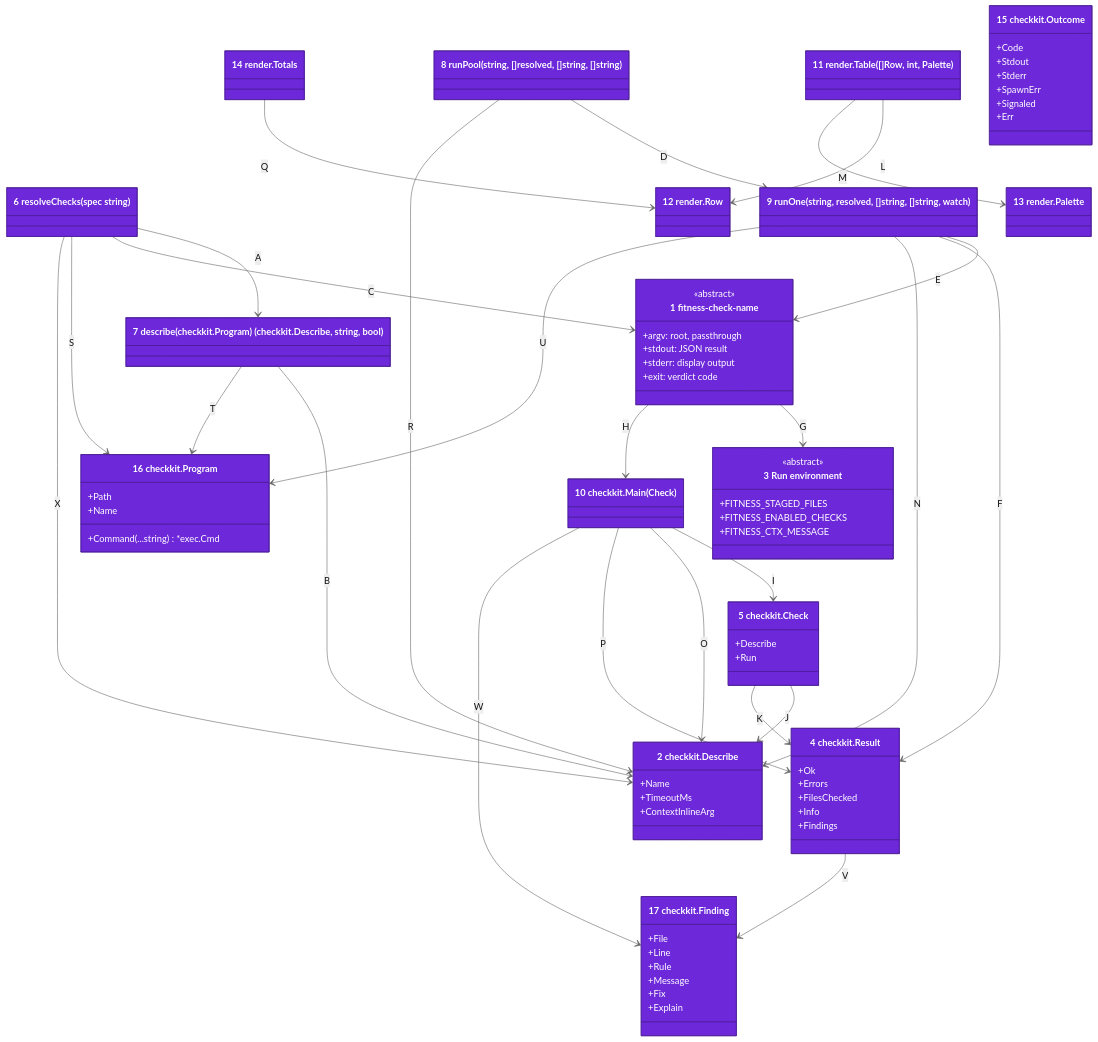
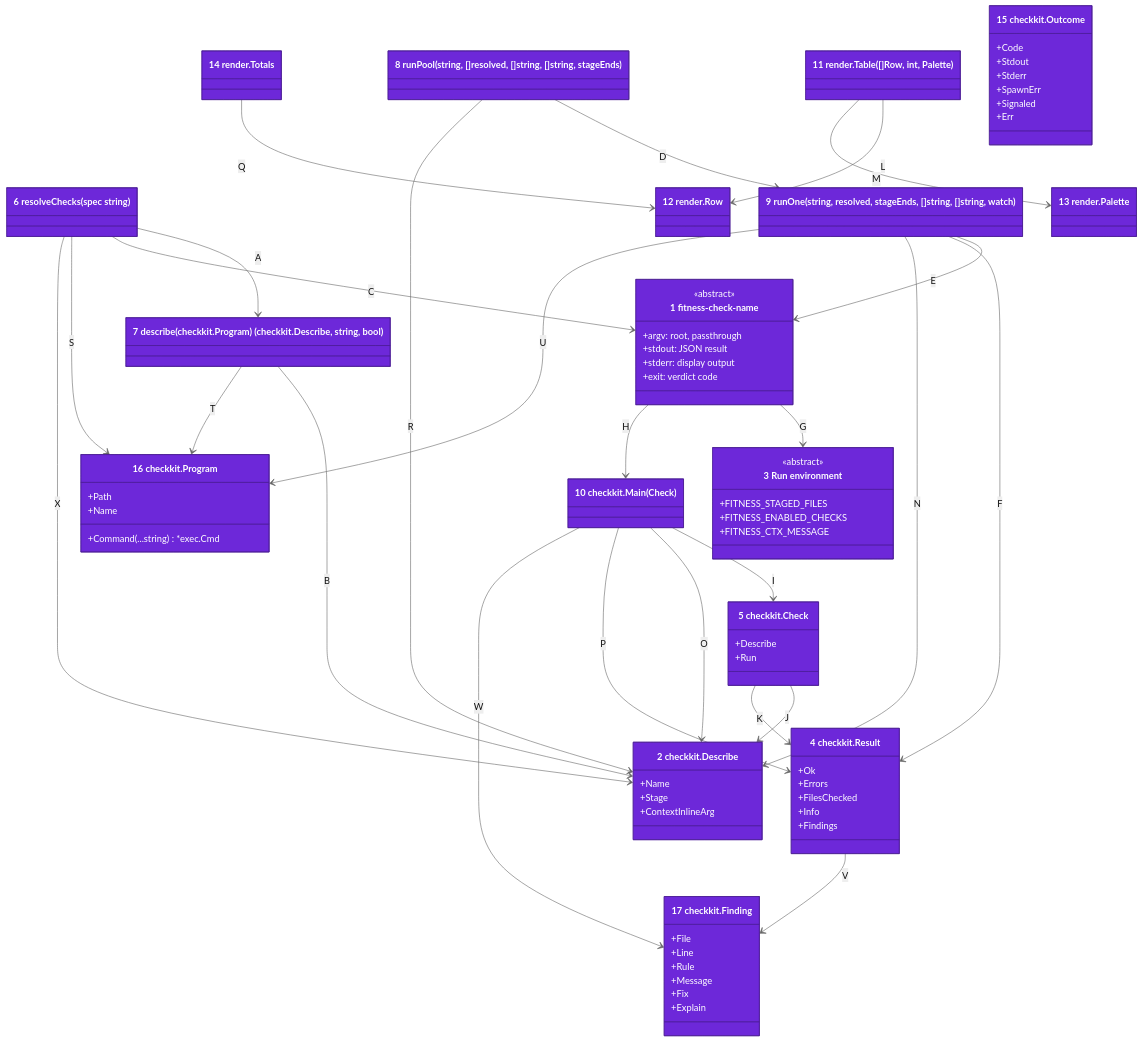
One commit to may-journal/fitness-runner changed the first of 2 diagrams in docs/architecture/04-code.md. Above: the diagram before and after it, drawn with Mermaid (neutral theme). The commit also changed other lines of this file and 132 other files, not shown here.

```diff
--- a/docs/architecture/04-code.md
+++ b/docs/architecture/04-code.md
@@ -11,7 +11,7 @@
     }
     class Describe["2 checkkit.Describe"] {
         +Name
-        +TimeoutMs
+        +Stage
         +ContextInlineArg
     }
     class RunEnv["3 Run environment"] {
@@ -33,8 +33,8 @@
     }
     class resolveChecks["6 resolveChecks(spec string)"]
     class describe["7 describe(checkkit.Program) (checkkit.Describe, string, bool)"]
-    class runPool["8 runPool(string, []resolved, []string, []string)"]
-    class runOne["9 runOne(string, resolved, []string, []string, watch)"]
+    class runPool["8 runPool(string, []resolved, []string, []string, stageEnds)"]
+    class runOne["9 runOne(string, resolved, stageEnds, []string, []string, watch)"]
     class checkkitMain["10 checkkit.Main(Check)"]
     class renderTable["11 render.Table([]Row, int, Palette)"]
     class Row["12 render.Row"]
```
